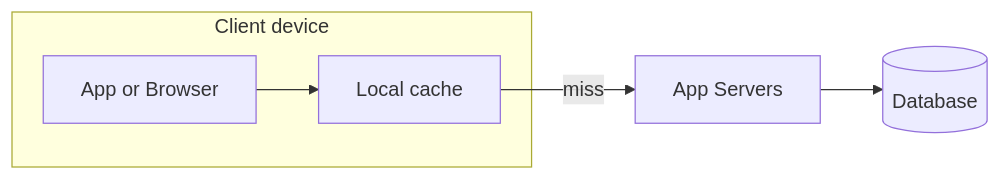
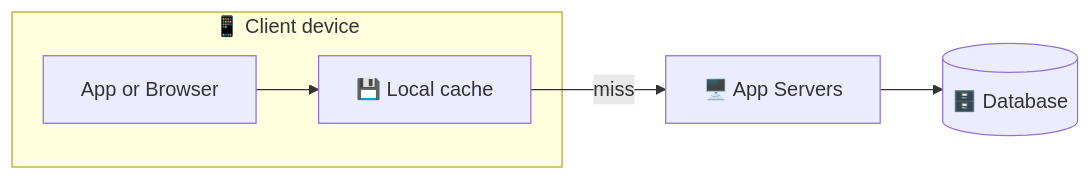
The third of 13 diagrams in hello-interview/core-concepts/caching.md (visheshkodwani/HLD), drawn with Mermaid before and after one commit. The commit also changed other lines of this file and 7 other files, not shown here.

First line of the commit message:
Give HLD its own Ember theme, richer diagrams, sidebar sections

````diff
--- a/hello-interview/core-concepts/caching.md
+++ b/hello-interview/core-concepts/caching.md
@@ -147,8 +147,8 @@
 ```mermaid
 flowchart LR
-    subgraph Device["Client device"]
-        UI["App or Browser"] --> L["Local cache"]
+    subgraph Device["📱 Client device"]
+        UI["App or Browser"] --> L["💾 Local cache"]
     end
-    L -->|"miss"| A["App Servers"]
-    A --> D[("Database")]
+    L -->|"miss"| A["🖥️ App Servers"]
+    A --> D[("🗄️ Database")]
 ```
````
